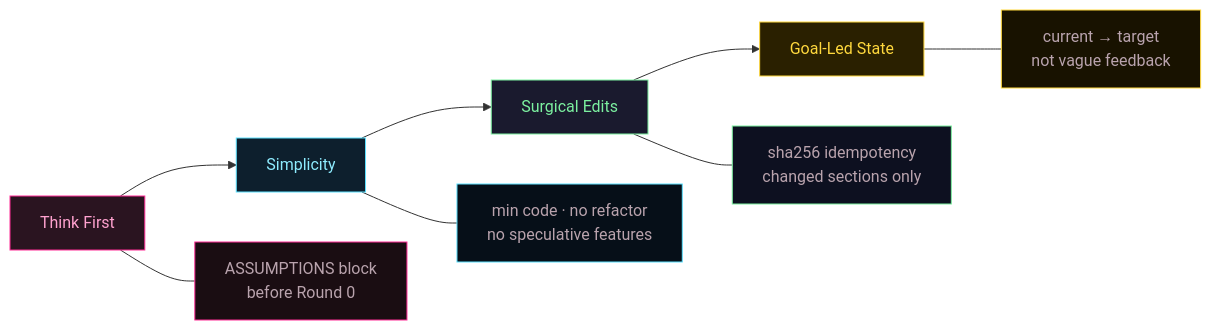
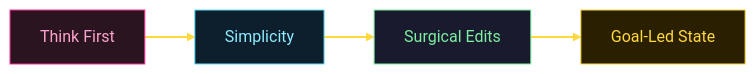
Before and after one commit to RazvanGabrielNiculae/picasso-claude-design-claude-code-bridge-loop: the seventh of 9 diagrams in README.md, drawn with Mermaid. The commit also changed other lines of this file, not shown here.

First line of the commit message:
fix: remove unsupported Mermaid syntax from 3 diagrams

````diff
--- a/README.md
+++ b/README.md
@@ -329,17 +329,10 @@
 ```mermaid
 flowchart LR
     K1[Think First] --> K2[Simplicity] --> K3[Surgical Edits] --> K4[Goal-Led State]
-    K1 --- A["ASSUMPTIONS block\nbefore Round 0"]
-    K2 --- B["min code · no refactor\nno speculative features"]
-    K3 --- C["sha256 idempotency\nchanged sections only"]
-    K4 --- D["current → target\nnot vague feedback"]
 
     style K1 fill:#2a1420,stroke:#ff2d95,color:#ffa2cf
     style K2 fill:#0d1f2d,stroke:#5ce1ff,color:#8eecff
     style K3 fill:#1a1a2e,stroke:#7cf0a0,color:#7cf0a0
     style K4 fill:#2a2000,stroke:#ffd83d,color:#ffd83d
-    style A fill:#1a0d12,stroke:#ff2d95,color:#b9a3ad
-    style B fill:#060f18,stroke:#5ce1ff,color:#b9a3ad
-    style C fill:#0d1020,stroke:#7cf0a0,color:#b9a3ad
-    style D fill:#181200,stroke:#ffd83d,color:#b9a3ad
+    linkStyle 0,1,2 stroke:#ffd83d,stroke-width:2px
 ```
````
